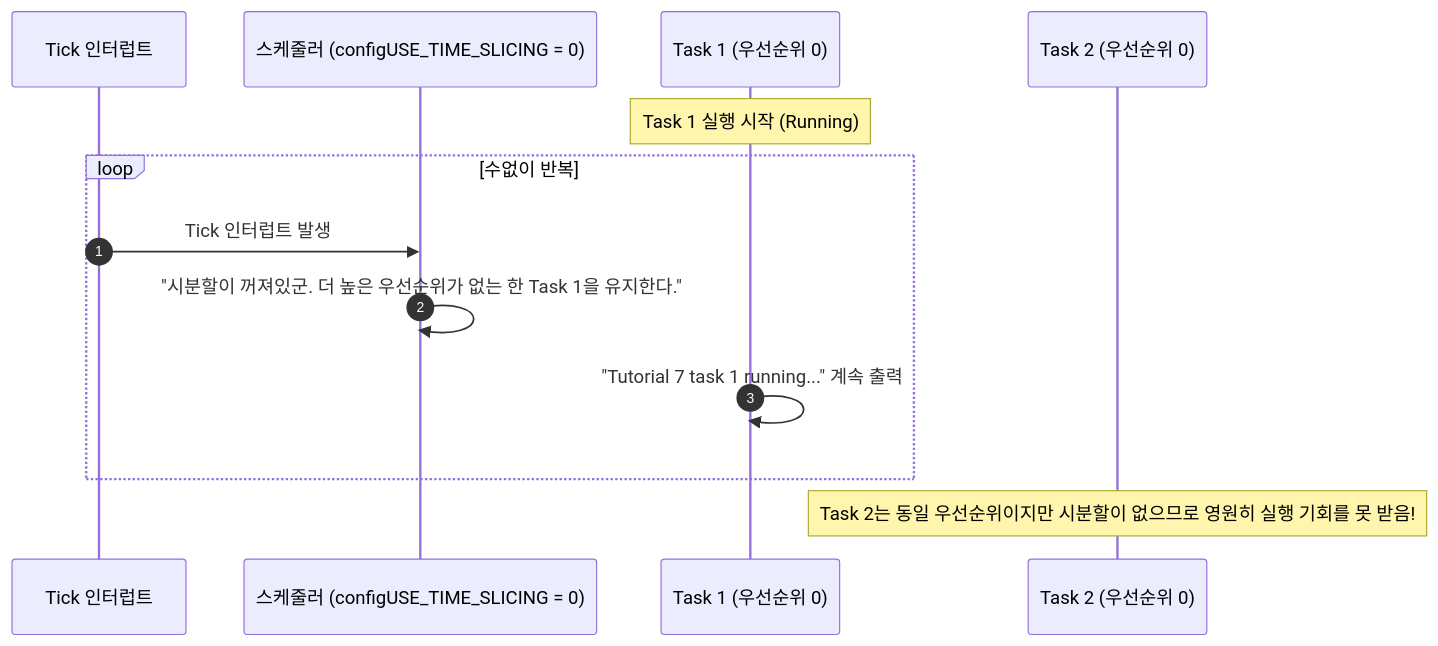
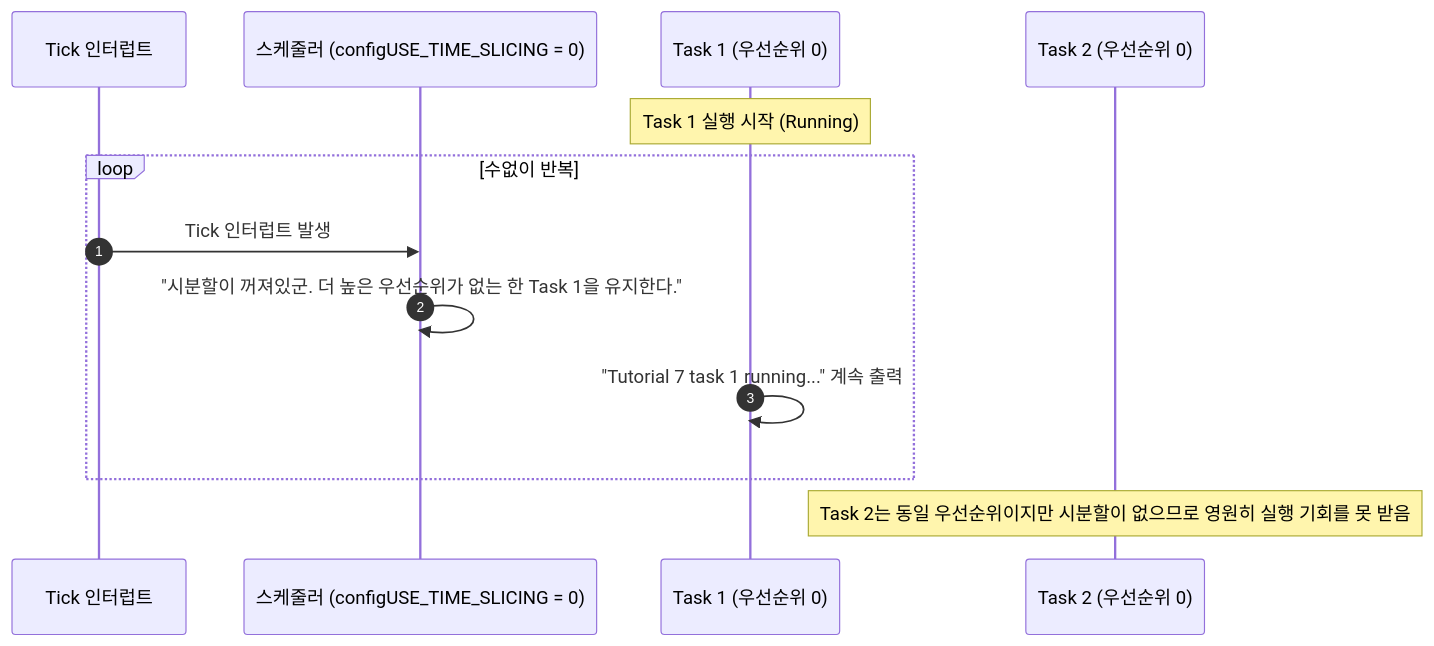
The second of 2 diagrams in ko/guides/tutorial_7.md (yunju-baek/FreeRTOS-Tutorials-ko), drawn with Mermaid before and after one commit. The commit also changed other lines of this file and 37 other files, not shown here.

````diff
--- a/ko/guides/tutorial_7.md
+++ b/ko/guides/tutorial_7.md
@@ -57,16 +59,16 @@
 ```mermaid
 sequenceDiagram
     autonumber
     participant Tick as Tick 인터럽트
     participant Sched as 스케줄러 (configUSE_TIME_SLICING = 0)
     participant T1 as Task 1 (우선순위 0)
     participant T2 as Task 2 (우선순위 0)
 
     Note over T1: Task 1 실행 시작 (Running)
     loop 수없이 반복
         Tick->>Sched: Tick 인터럽트 발생
         Sched->>Sched: "시분할이 꺼져있군. 더 높은 우선순위가 없는 한 Task 1을 유지한다."
         T1->>T1: "Tutorial 7 task 1 running..." 계속 출력
     end
-    Note over T2: Task 2는 동일 우선순위이지만 시분할이 없으므로 영원히 실행 기회를 못 받음!
+    Note over T2: Task 2는 동일 우선순위이지만 시분할이 없으므로 영원히 실행 기회를 못 받음
 ```
````
